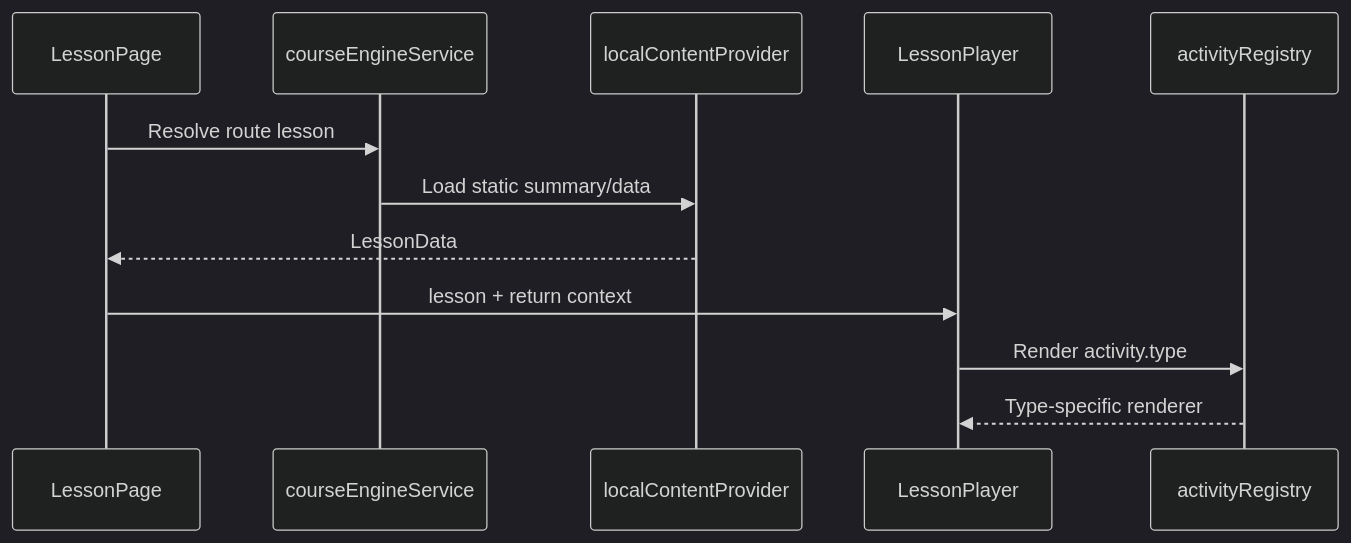
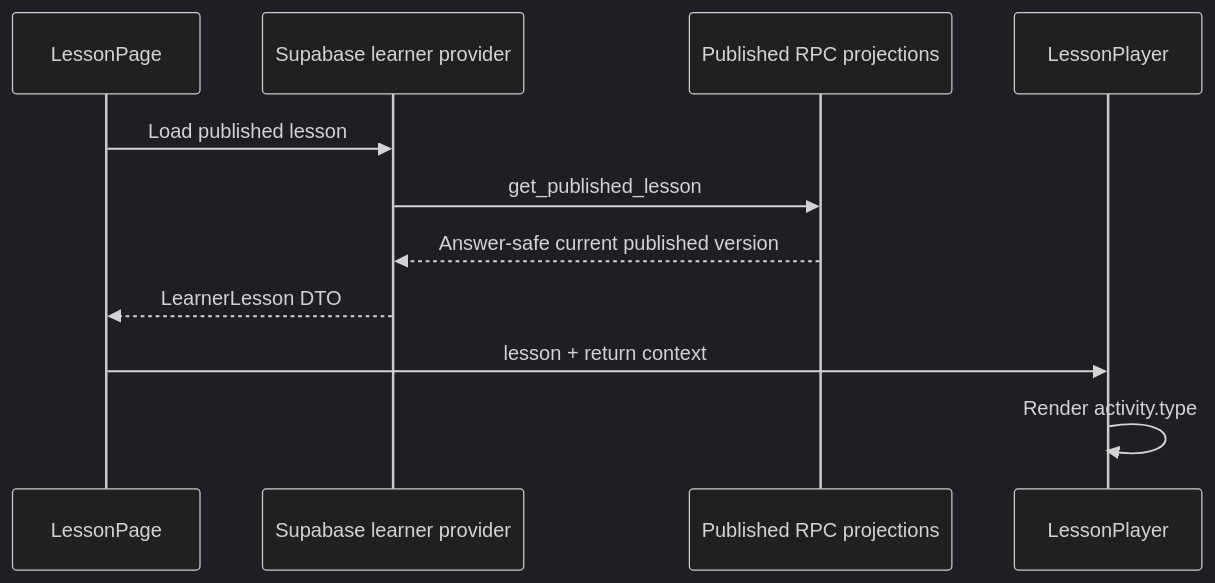
Before and after one commit to emmanuelpaulino2691/pronouncelab: the second of 2 diagrams in docs/ARCHITECTURE.md, drawn with Mermaid (dark theme). The commit also changed other lines of this file and 37 other files, not shown here.

Commit message:
Sprint 37: deliver published learner content from Supabase

````diff
--- a/docs/ARCHITECTURE.md
+++ b/docs/ARCHITECTURE.md
@@ -101,15 +101,13 @@
 ```mermaid
 sequenceDiagram
   participant Page as LessonPage
-  participant Engine as courseEngineService
-  participant Provider as localContentProvider
+  participant Provider as Supabase learner provider
+  participant RPC as Published RPC projections
   participant Player as LessonPlayer
-  participant Registry as activityRegistry
-
-  Page->>Engine: Resolve route lesson
-  Engine->>Provider: Load static summary/data
-  Provider-->>Page: LessonData
+  Page->>Provider: Load published lesson
+  Provider->>RPC: get_published_lesson
+  RPC-->>Provider: Answer-safe current published version
+  Provider-->>Page: LearnerLesson DTO
   Page->>Player: lesson + return context
-  Player->>Registry: Render activity.type
-  Registry-->>Player: Type-specific renderer
+  Player->>Player: Render activity.type
 ```
````
